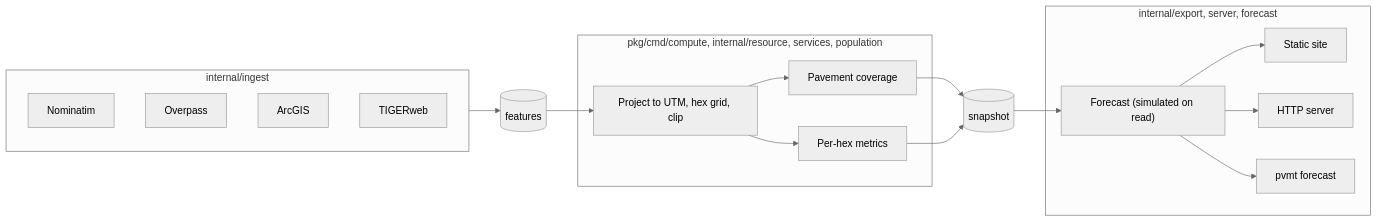
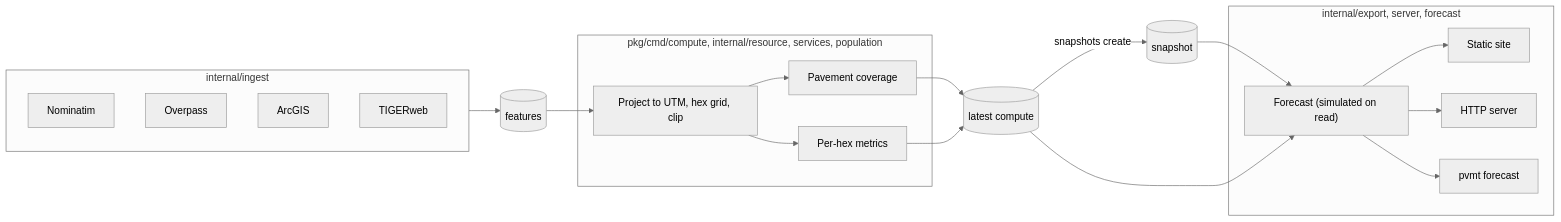
One commit to jcrussell/solvent-streets changed the first of 3 diagrams in docs/architecture.md. Above: the diagram before and after it, drawn with Mermaid (neutral theme). The commit also changed other lines of this file and 58 other files, not shown here.

````diff
--- a/docs/architecture.md
+++ b/docs/architecture.md
@@ -14,27 +15,29 @@
 ```mermaid
 flowchart LR
     subgraph Ingest ["internal/ingest"]
         Nominatim
         Overpass
         ArcGIS
         TIGERweb
     end
 
     subgraph Compute ["pkg/cmd/compute, internal/resource, services, population"]
         Grid["Project to UTM, hex grid, clip"]
         Pavement["Pavement coverage"]
         Metrics["Per-hex metrics"]
     end
 
     subgraph Read ["internal/export, server, forecast"]
         Forecast["Forecast (simulated on read)"]
         Export["Static site"]
         Serve["HTTP server"]
         CLI["pvmt forecast"]
     end
 
     Ingest --> Features[(features)]
-    Features --> Grid --> Pavement --> Snap[(snapshot)]
-    Grid --> Metrics --> Snap
-    Snap --> Forecast --> Export & Serve & CLI
+    Features --> Grid --> Pavement --> Latest[(latest compute)]
+    Grid --> Metrics --> Latest
+    Latest -- "snapshots create" --> Snap[(snapshot)]
+    Snap --> Forecast --> Export & Serve
+    Latest --> Forecast --> CLI
 ```
````
